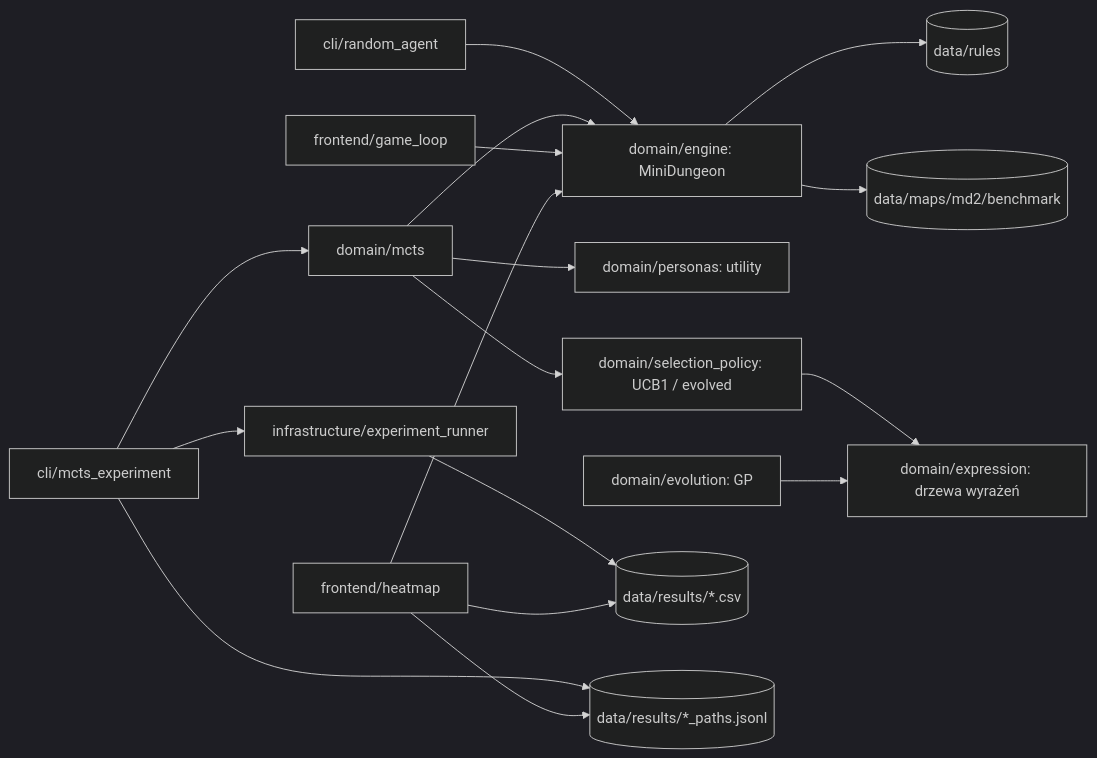
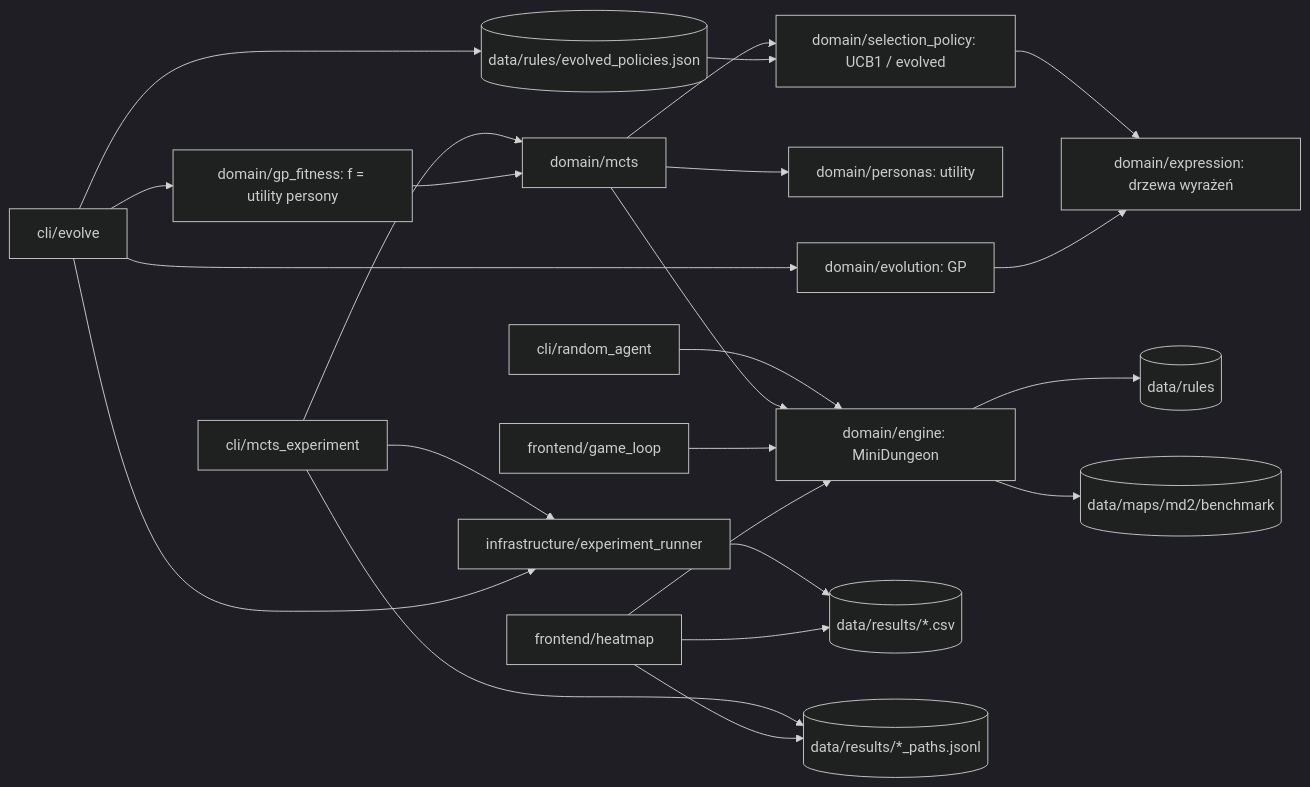
Before and after one commit to Urteusz/AutomatedPlaytestingMCTS: the diagram in README.md, drawn with Mermaid (dark theme). The commit also changed other lines of this file and 20 other files, not shown here.

````diff
--- a/README.md
+++ b/README.md
@@ -18,19 +18,25 @@
 ```mermaid
 flowchart LR
     Exp[cli/mcts_experiment] --> MCTS[domain/mcts]
     Exp --> Run[infrastructure/experiment_runner]
     Rnd[cli/random_agent] --> Env
     MCTS --> Env[domain/engine: MiniDungeon]
     MCTS --> Pers[domain/personas: utility]
     MCTS --> Pol[domain/selection_policy: UCB1 / evolved]
     Pol --> Expr[domain/expression: drzewa wyrażeń]
     Evo[domain/evolution: GP] --> Expr
+    Evl[cli/evolve] --> Evo
+    Evl --> Run
+    Evl --> Fit[domain/gp_fitness: f = utility persony]
+    Fit --> MCTS
+    Evl --> Pols[(data/rules/evolved_policies.json)]
+    Pols --> Pol
     Env --> Rules[(data/rules)]
     Env --> Maps[(data/maps/md2/benchmark)]
     Run --> Results[(data/results/*.csv)]
     Exp --> Traces[(data/results/*_paths.jsonl)]
     Play[frontend/game_loop] --> Env
     Heat[frontend/heatmap] --> Env
     Heat --> Traces
     Heat --> Results
 ```
````
